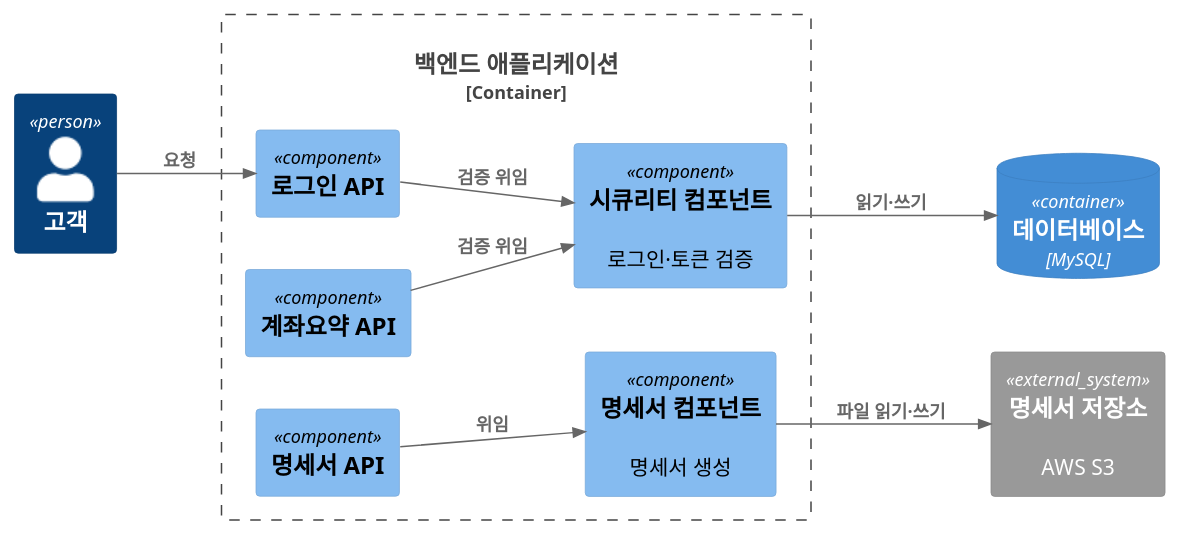
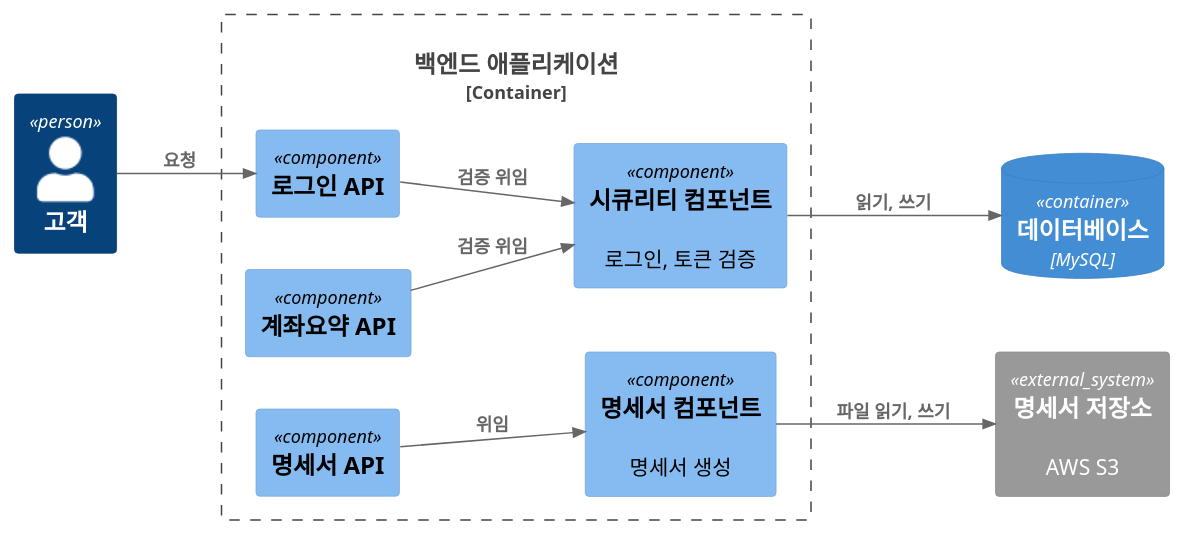
Before and after one commit to johnycho/johny-dev: the fourth of 5 diagrams in blog/2026-09-06-c4-model-architecture-diagram.mdx, drawn with PlantUML. The commit also changed other lines of this file and 188 other files, not shown here.

````diff
--- a/blog/2026-09-06-c4-model-architecture-diagram.mdx
+++ b/blog/2026-09-06-c4-model-architecture-diagram.mdx
@@ -122,24 +122,24 @@
 ```plantuml
 @startuml
 !include https://raw.githubusercontent.com/plantuml-stdlib/C4-PlantUML/master/C4_Component.puml
 LAYOUT_LEFT_RIGHT()
 
 Person(customer, "고객")
 Container_Boundary(be, "백엔드 애플리케이션") {
   Component(login, "로그인 API")
   Component(summary, "계좌요약 API")
   Component(stmt, "명세서 API")
-  Component(sec, "시큐리티 컴포넌트", "", "로그인·토큰 검증")
+  Component(sec, "시큐리티 컴포넌트", "", "로그인, 토큰 검증")
   Component(stmtc, "명세서 컴포넌트", "", "명세서 생성")
 }
 ContainerDb(db, "데이터베이스", "MySQL")
 System_Ext(s3, "명세서 저장소", "AWS S3")
 
 Rel(customer, login, "요청")
 Rel(login, sec, "검증 위임")
 Rel(summary, sec, "검증 위임")
 Rel(stmt, stmtc, "위임")
-Rel(sec, db, "읽기·쓰기")
-Rel(stmtc, s3, "파일 읽기·쓰기")
+Rel(sec, db, "읽기, 쓰기")
+Rel(stmtc, s3, "파일 읽기, 쓰기")
 @enduml
 ```
````
